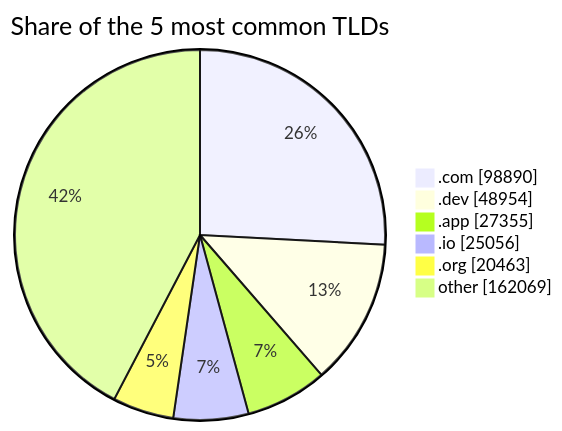
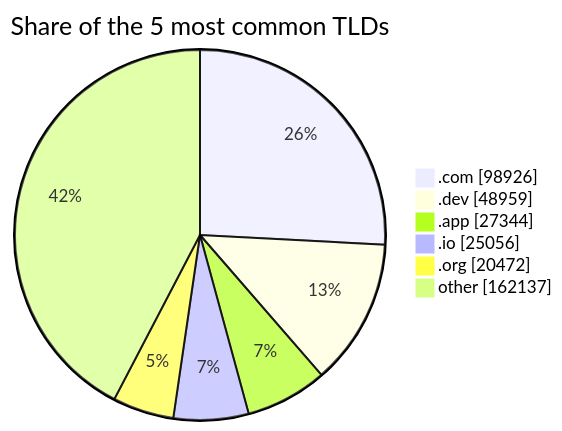
The third of 3 diagrams in README.md (DNSBunker/CTI), drawn with Mermaid before and after one commit. The commit also changed other lines of this file and 3 other files, not shown here.

````diff
--- a/README.md
+++ b/README.md
@@ -81,9 +81,9 @@
 ```mermaid
 pie showData title Share of the 5 most common TLDs
-    ".com" : 98890
-    ".dev" : 48954
-    ".app" : 27355
+    ".com" : 98926
+    ".dev" : 48959
+    ".app" : 27344
     ".io" : 25056
-    ".org" : 20463
-    "other" : 162069
+    ".org" : 20472
+    "other" : 162137
 ```
````
